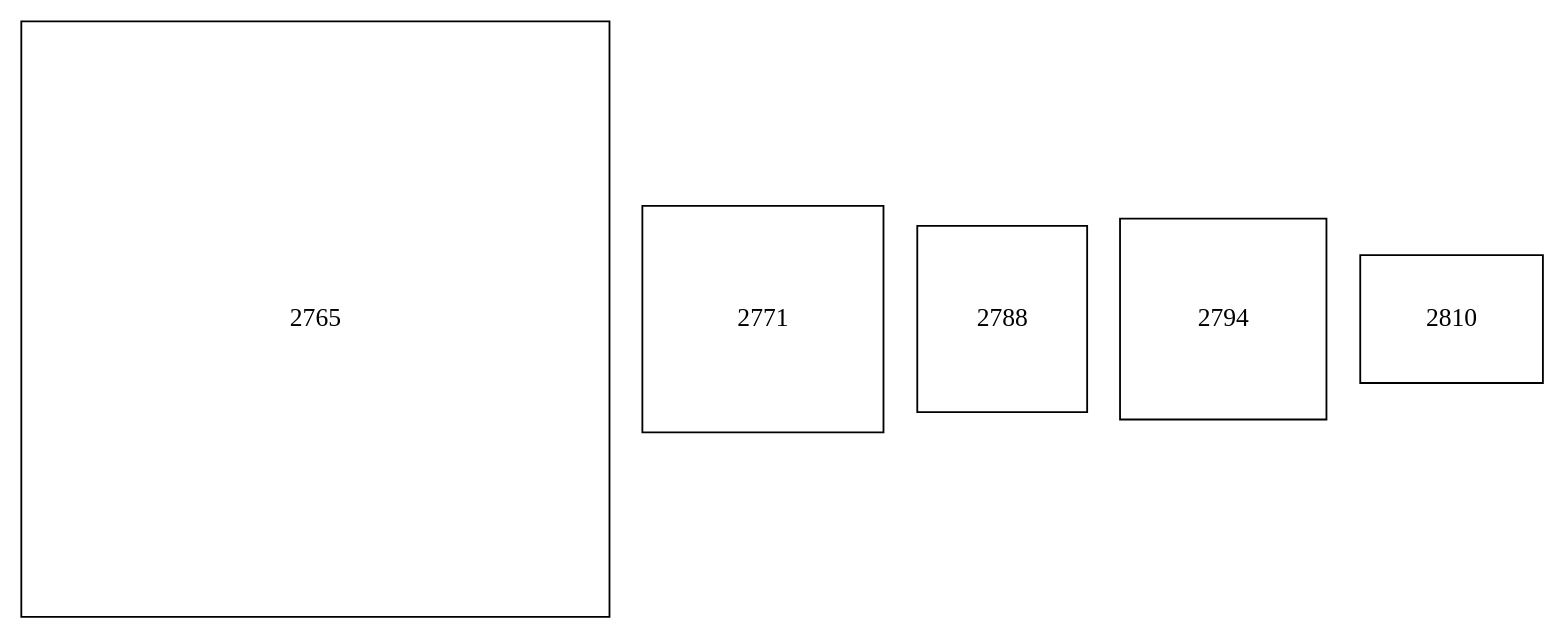
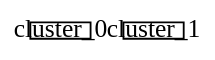
Before and after one commit to stefanrinderle/SoftViz3D: the diagram in protected/runtime/temp.dot, drawn with Graphviz. The commit also changed 11 other files, not shown here.

```diff
--- a/protected/runtime/temp.dot
+++ b/protected/runtime/temp.dot
@@ -1,7 +1,4 @@
 digraph G {
-    2765 [ shape=rectangle,width=4.4722222222222,height=4.5277777777778,fixedsize=true,id=22656,type=0 ];
-    2771 [ shape=rectangle,width=1.8333333333333,height=1.7222222222222,fixedsize=true,id=22723,type=0 ];
-    2788 [ shape=rectangle,width=1.2916666666667,height=1.4166666666667,fixedsize=true,id=22750,type=0 ];
-    2794 [ shape=rectangle,width=1.5694444444444,height=1.5277777777778,fixedsize=true,id=22759,type=0 ];
-    2810 [ shape=rectangle,width=1.3888888888889,height=0.97222222222222,fixedsize=true,id=22772,type=0 ];
+    cluster_0 [ shape=rectangle,width=0.45833333333333,height=0.125,fixedsize=true,id=22796,type=0 ];
+    cluster_1 [ shape=rectangle,width=0.45833333333333,height=0.125,fixedsize=true,id=22799,type=0 ];
 }
```
